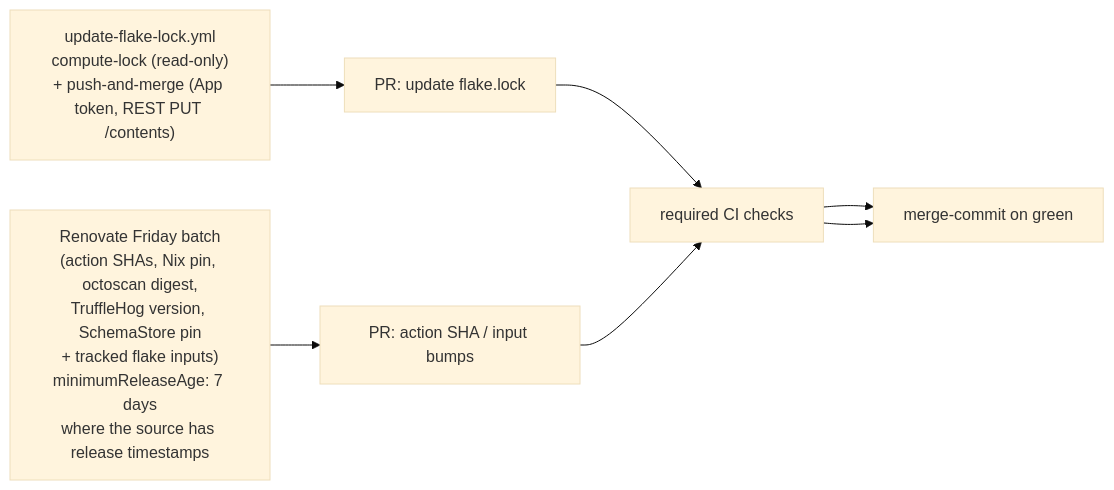
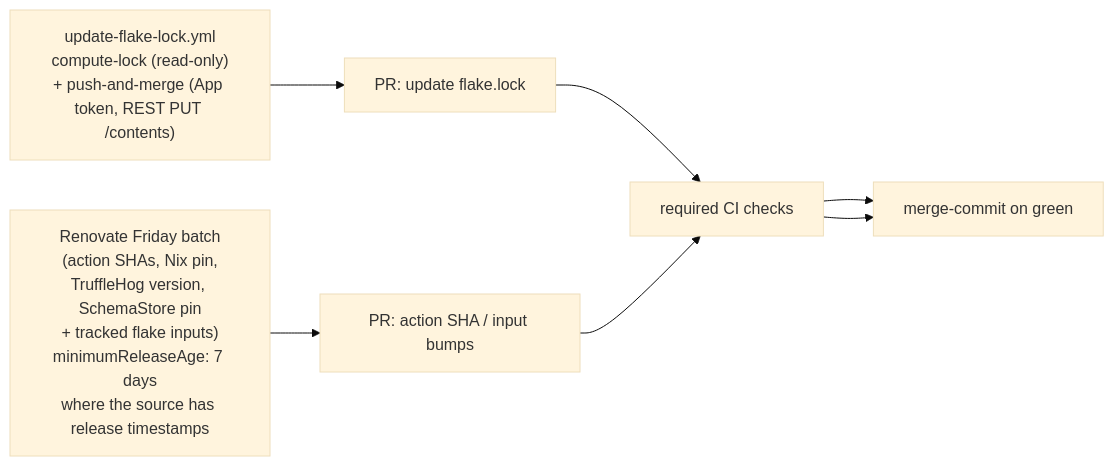
One commit to rvenutolo/linPEAS-flake changed the third of 3 diagrams in docs/architecture/auto-update.md. Above: the diagram before and after it, drawn with Mermaid (base theme). The commit also changed other lines of this file and 8 other files, not shown here.

First line of the commit message:
docs: describe octoscan's nixpkgs source and update path

````diff
--- a/docs/architecture/auto-update.md
+++ b/docs/architecture/auto-update.md
@@ -96,12 +96,12 @@
 ```mermaid
 flowchart LR
   flakelock["update-flake-lock.yml<br/>compute-lock (read-only)<br/>+ push-and-merge (App token, REST PUT /contents)"]
-  renovate["Renovate Friday batch<br/>(action SHAs, Nix pin, octoscan digest,<br/>TruffleHog version, SchemaStore pin<br/>+ tracked flake inputs)<br/>minimumReleaseAge: 7 days<br/>where the source has release timestamps"]
+  renovate["Renovate Friday batch<br/>(action SHAs, Nix pin,<br/>TruffleHog version, SchemaStore pin<br/>+ tracked flake inputs)<br/>minimumReleaseAge: 7 days<br/>where the source has release timestamps"]
   pr1["PR: update flake.lock"]
   pr2["PR: action SHA / input bumps"]
   ci["required CI checks"]
   merge["merge-commit on green"]
 
   flakelock --> pr1 --> ci --> merge
   renovate --> pr2 --> ci --> merge
 ```
````
